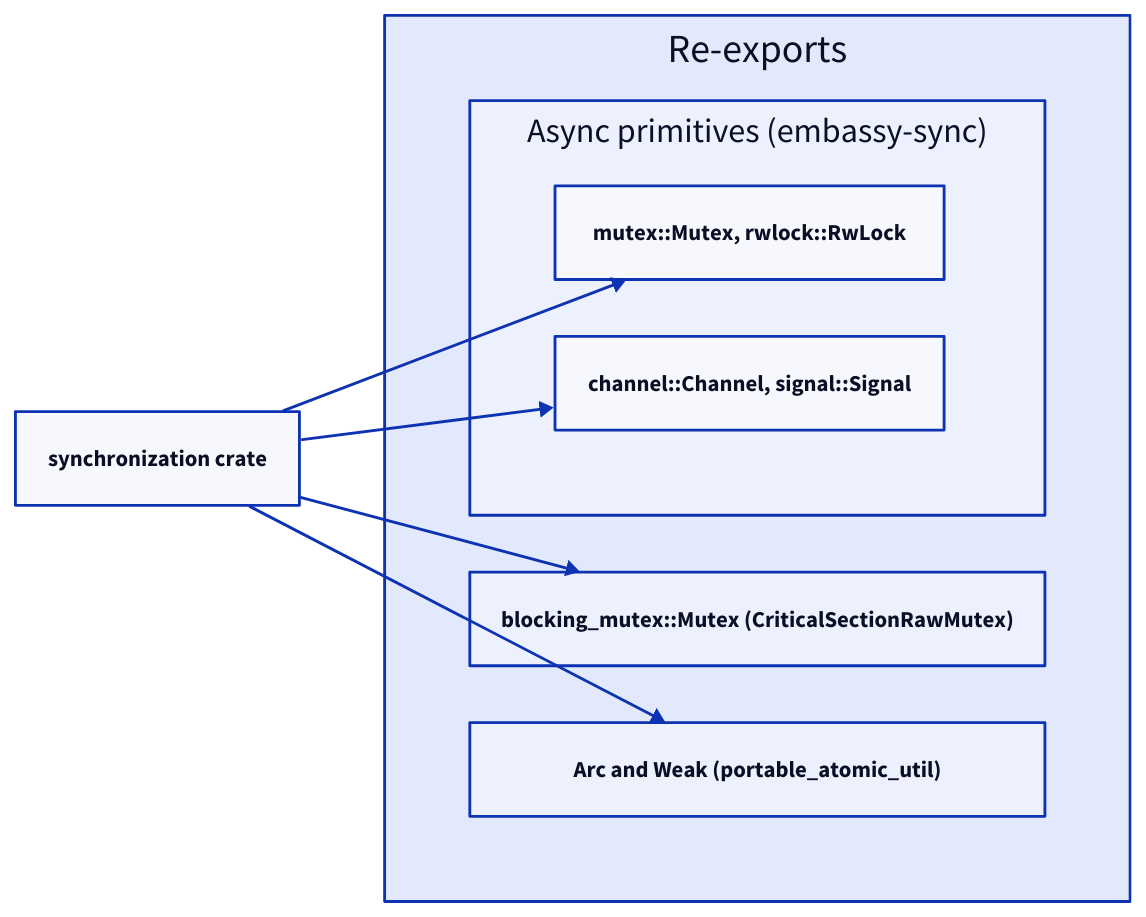
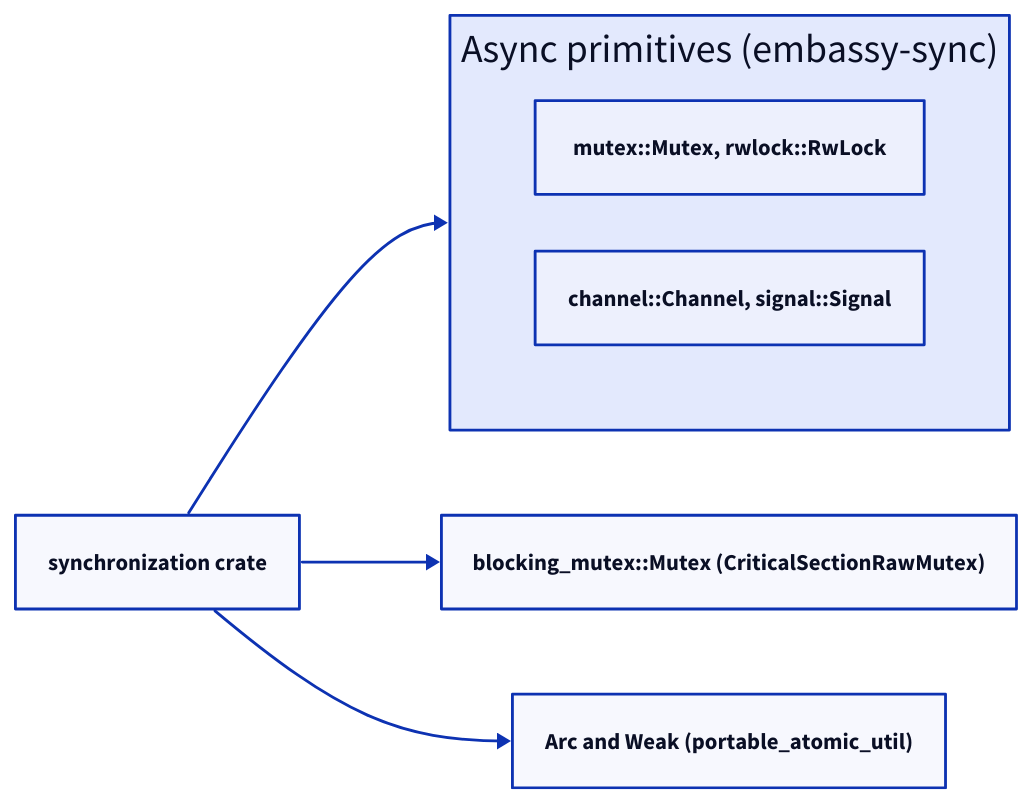
One commit to xila-project/website changed the diagram in src/content/docs/explanation/architecture/libraries/synchronization.mdx. Above: the diagram before and after it, drawn with D2. The commit also changed 6 other files, not shown here.

First line of the commit message:
docs(diagrams): apply the review findings to the libraries diagrams

````diff
--- a/src/content/docs/explanation/architecture/libraries/synchronization.mdx
+++ b/src/content/docs/explanation/architecture/libraries/synchronization.mdx
@@ -36,20 +36,15 @@
 ```d2 title="Re-exports of the synchronization crate"
-direction: down
-sync: synchronization crate { class: focus }
-reexports: Re-exports {
+direction: right
+sync: synchronization crate { class: component }
+async: Async primitives (embassy-sync) {
   class: layer
   grid-columns: 1
-  async: Async primitives (embassy-sync) {
-    class: layer
-    grid-columns: 1
-    mutex: "mutex::Mutex, rwlock::RwLock" { class: component }
-    comm: "channel::Channel, signal::Signal" { class: component }
-  }
-  blocking: "blocking_mutex::Mutex (CriticalSectionRawMutex)" { class: component }
-  pointers: "Arc and Weak (portable_atomic_util)" { class: component }
+  mutex: "mutex::Mutex, rwlock::RwLock" { class: component }
+  comm: "channel::Channel, signal::Signal" { class: component }
 }
-sync -> reexports.async.mutex
-sync -> reexports.async.comm
-sync -> reexports.blocking
-sync -> reexports.pointers
+blocking: "blocking_mutex::Mutex (CriticalSectionRawMutex)" { class: component }
+pointers: "Arc and Weak (portable_atomic_util)" { class: component }
+sync -> async
+sync -> blocking
+sync -> pointers
 ```
````
